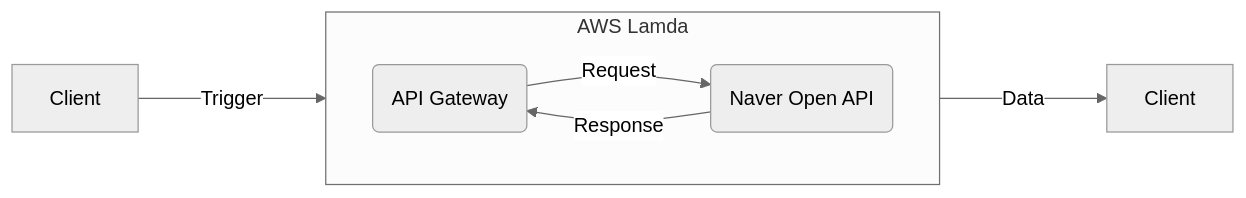
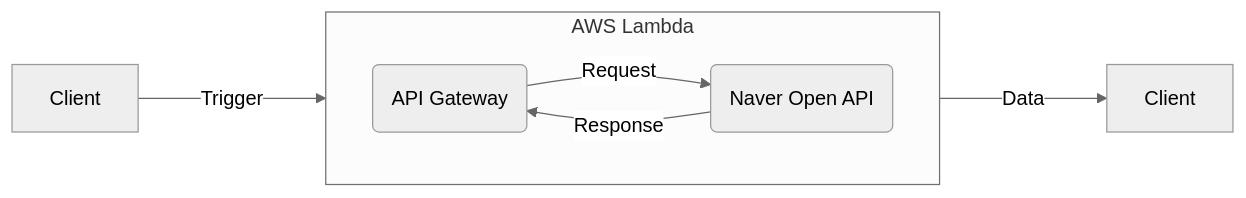
Before and after one commit to romantech/shopping-insight: the diagram in README.md, drawn with Mermaid (neutral theme).

Commit message:
:pencil2: 오타 수정

````diff
--- a/README.md
+++ b/README.md
@@ -45,14 +45,14 @@
 ```mermaid
 flowchart LR
 C1[Client]
 C2[Client]
 L(API Gateway)
 N(Naver Open API)
 
-subgraph R1[AWS Lamda]
+subgraph R1[AWS Lambda]
 direction LR
 L -->|Request| N -->|Response| L
 end
 
 C1 --->|Trigger| R1 --->|Data| C2
 ```
````
